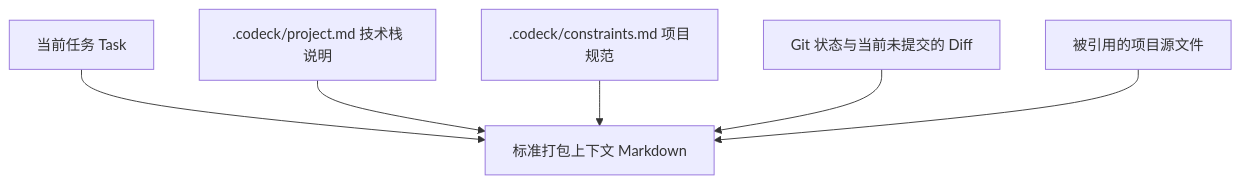
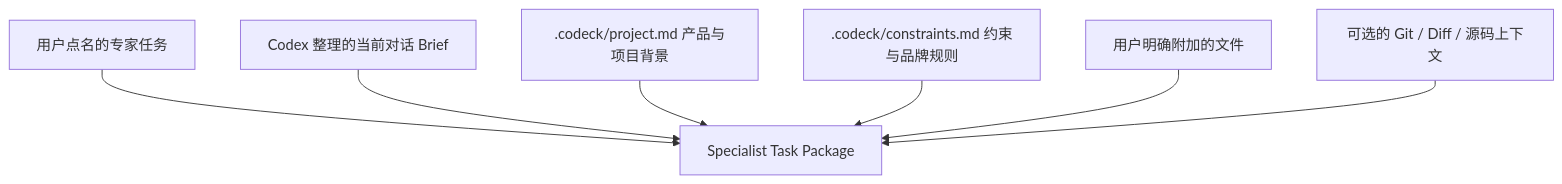
Before and after one commit to isdou/codeck: the diagram in README.md, drawn with Mermaid. The commit also changed other lines of this file and 32 other files, not shown here.

````diff
--- a/README.md
+++ b/README.md
@@ -159,8 +171,9 @@
 ```mermaid
 graph TD
-    A[当前任务 Task] --> F[标准打包上下文 Markdown]
-    B[.codeck/project.md 技术栈说明] --> F
-    C[.codeck/constraints.md 项目规范] --> F
-    D[Git 状态与当前未提交的 Diff] --> F
-    E[被引用的项目源文件] --> F
+    A[用户点名的专家任务] --> F[Specialist Task Package]
+    B[Codex 整理的当前对话 Brief] --> F
+    C[.codeck/project.md 产品与项目背景] --> F
+    D[.codeck/constraints.md 约束与品牌规则] --> F
+    E[用户明确附加的文件] --> F
+    G[可选的 Git / Diff / 源码上下文] --> F
 ```
````
